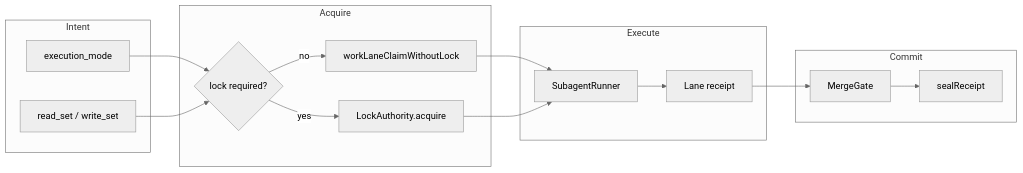
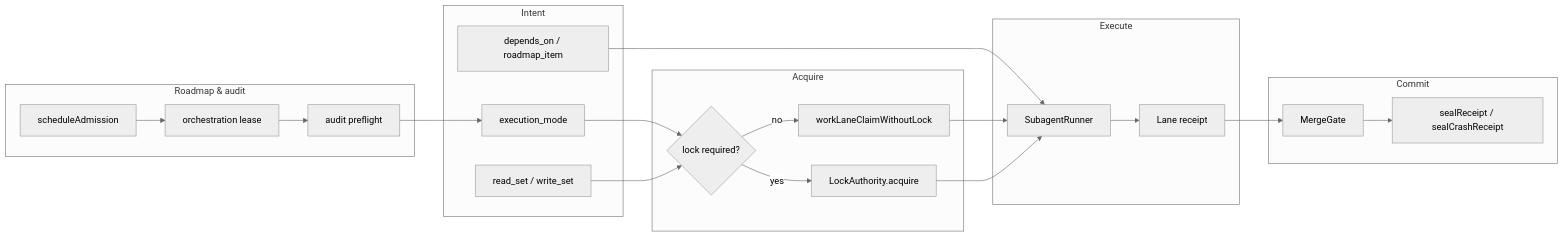
The first of 4 diagrams in README.md (CardSorting/LUMI), drawn with Mermaid (neutral theme) before and after one commit. The commit also changed other lines of this file and 10 other files, not shown here.

````diff
--- a/README.md
+++ b/README.md
@@ -404,26 +404,33 @@
 ```mermaid
 flowchart LR
+  subgraph coord ["Roadmap & audit"]
+    AD[scheduleAdmission]
+    OL[orchestration lease]
+    PF[audit preflight]
+  end
   subgraph classify ["Intent"]
     M[execution_mode]
     RW[read_set / write_set]
+    DAG[depends_on / roadmap_item]
   end
   subgraph acquire ["Acquire"]
     L{lock required?}
     SK[workLaneClaimWithoutLock]
     LC[LockAuthority.acquire]
   end
   subgraph execute ["Execute"]
     R[SubagentRunner]
     RC[Lane receipt]
   end
   subgraph commit ["Commit"]
     MG[MergeGate]
-    SE[sealReceipt]
+    SE[sealReceipt / sealCrashReceipt]
   end
+  AD --> OL --> PF --> M
   M --> L
   RW --> L
+  DAG --> R
   L -->|no| SK --> R
   L -->|yes| LC --> R
-  R --> RC
-  RC --> MG --> SE
+  R --> RC --> MG --> SE
 ```
````
